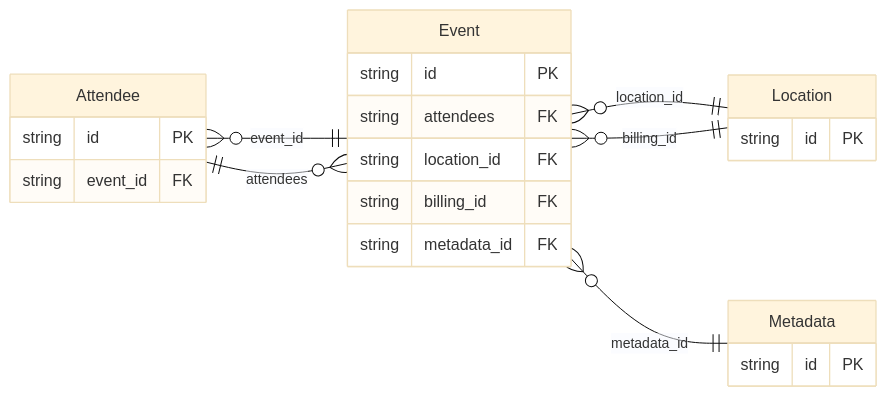
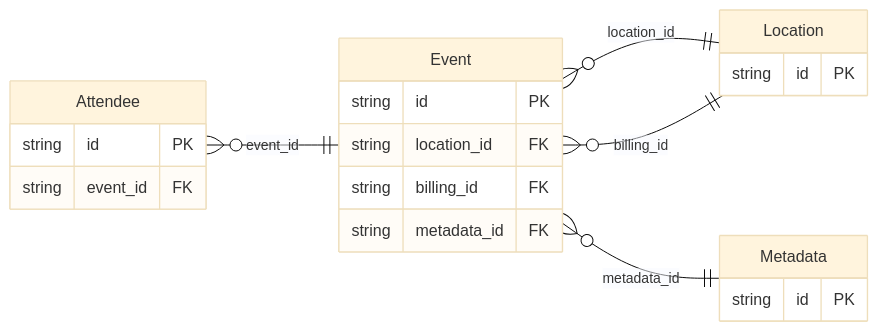
One commit to the-protobuf-project/protorm changed the diagram in plugin/generator/testdata/cases/embedded/golden/csv/v1/README.md. Above: the diagram before and after it, drawn with Mermaid (base theme). The commit also changed other lines of this file and 17 other files, not shown here.

````diff
--- a/plugin/generator/testdata/cases/embedded/golden/csv/v1/README.md
+++ b/plugin/generator/testdata/cases/embedded/golden/csv/v1/README.md
@@ -15,26 +15,24 @@
 ```mermaid
 erDiagram
     direction LR
     Attendee {
         string id PK
         string event_id FK
     }
     Event {
         string id PK
-        string attendees FK
         string location_id FK
         string billing_id FK
         string metadata_id FK
     }
     Location {
         string id PK
     }
     Metadata {
         string id PK
     }
     Attendee }o--|| Event : "event_id"
-    Event }o--|| Attendee : "attendees"
     Event }o--|| Location : "location_id"
     Event }o--|| Location : "billing_id"
     Event }o--|| Metadata : "metadata_id"
 ```
````
